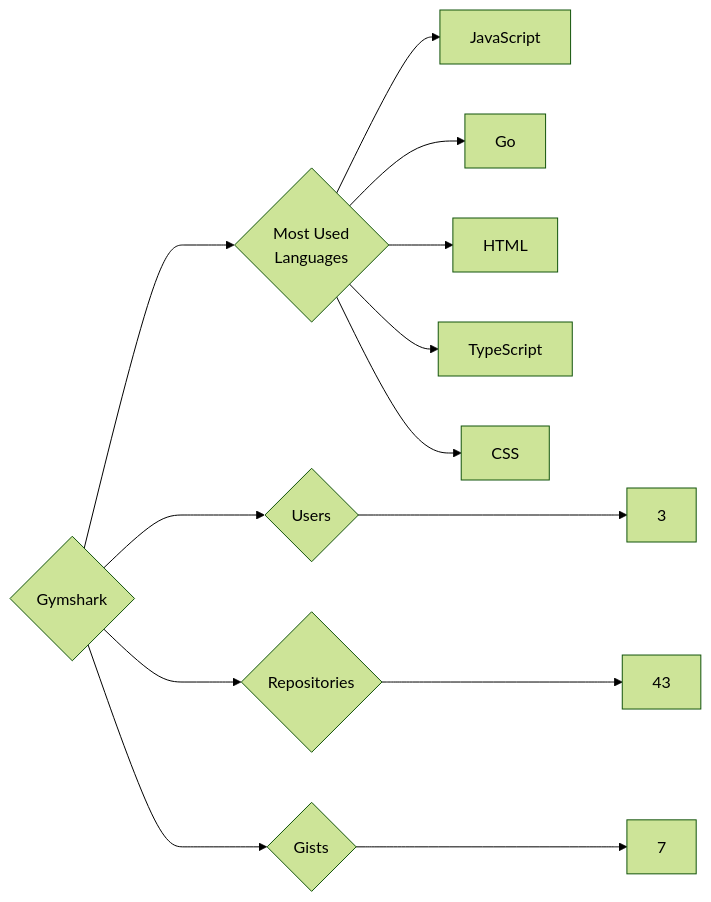
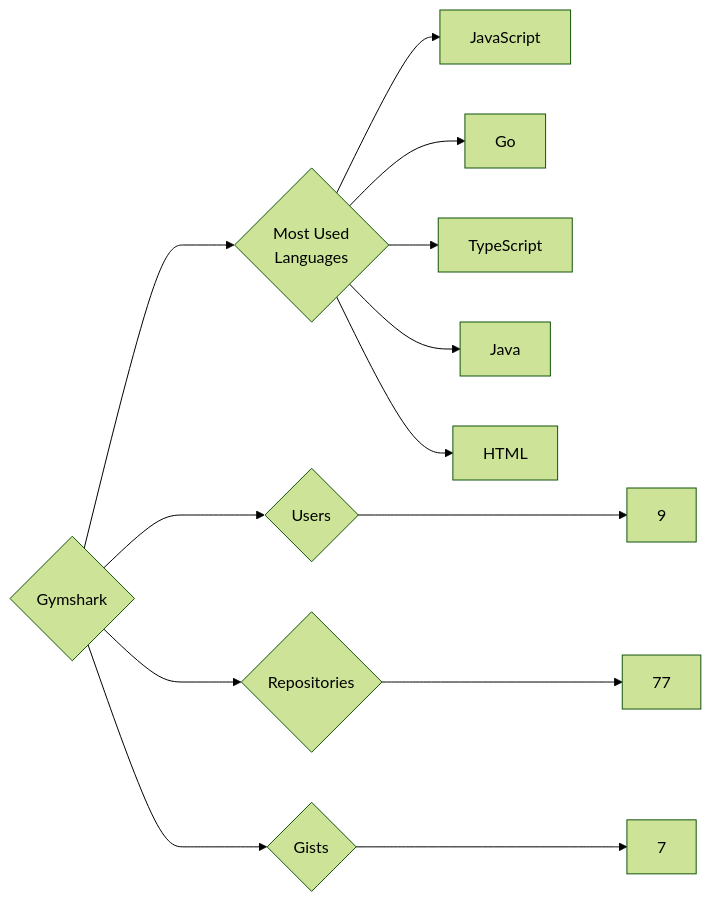
Before and after one commit to trickest/insiders: the diagram in targets/Gymshark/README.md, drawn with Mermaid (forest theme). The commit also changed 874 other files, not shown here.

````diff
--- a/targets/Gymshark/README.md
+++ b/targets/Gymshark/README.md
@@ -3,13 +3,13 @@
 ```mermaid
 graph LR
 COMPANY_NAME{Gymshark}
-COMPANY_NAME ---> U{Users} ---> UN[3]
-COMPANY_NAME ---> R{Repositories} ---> RN[43]
+COMPANY_NAME ---> U{Users} ---> UN[9]
+COMPANY_NAME ---> R{Repositories} ---> RN[77]
 COMPANY_NAME ---> G{Gists} ---> GN[7]
 COMPANY_NAME ---> ML{Most Used<br>Languages}
 ML --> JavaScript[JavaScript]
 ML --> Go[Go]
+ML --> TypeScript[TypeScript]
+ML --> Java[Java]
 ML --> HTML[HTML]
-ML --> TypeScript[TypeScript]
-ML --> CSS[CSS]
 ```
````
